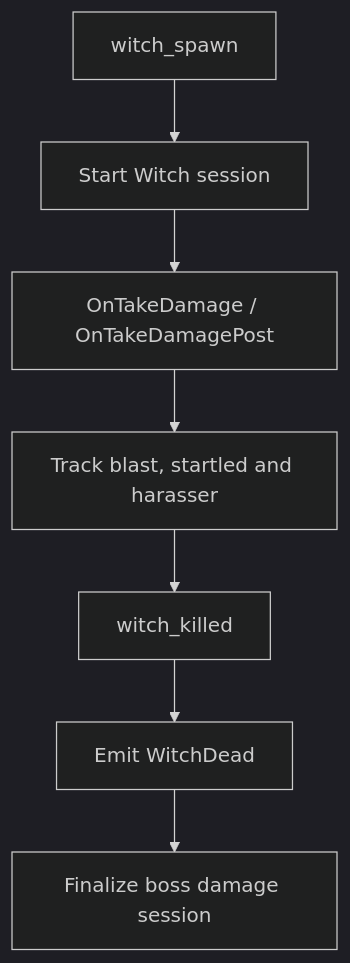
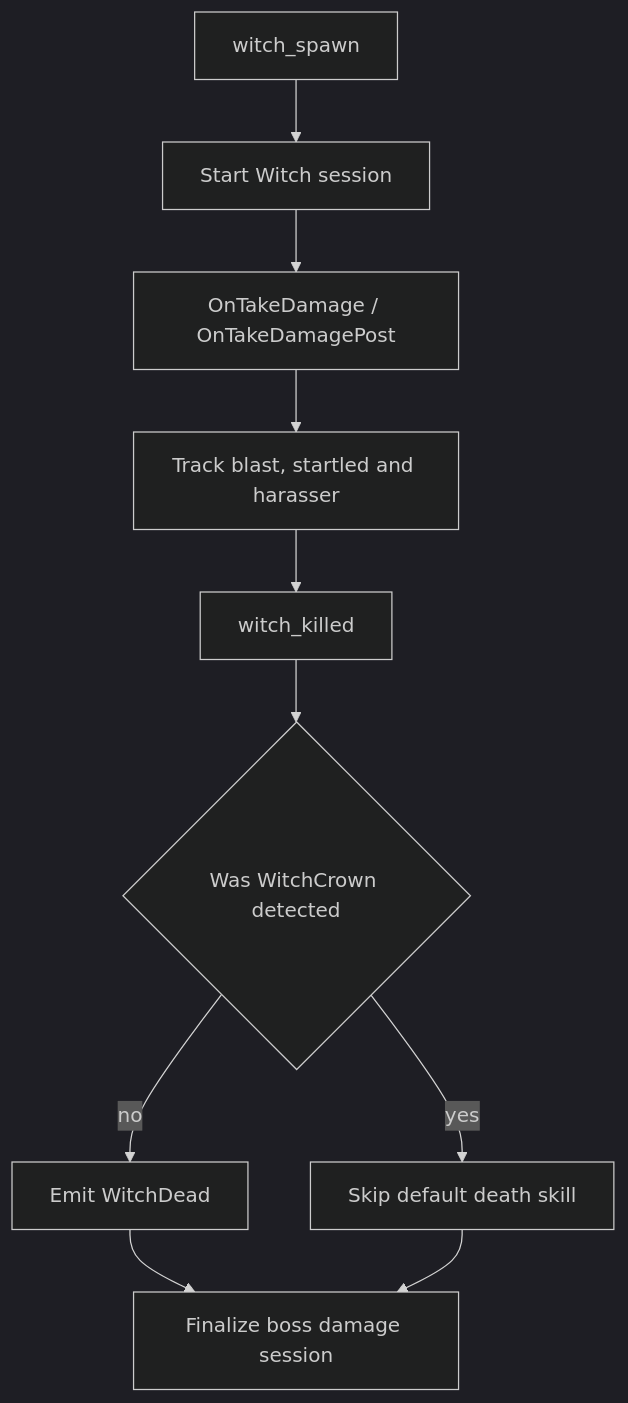
The fourth of 5 diagrams in docs/l4d2-skills-flow-bosses.md (AoC-Gamers/L4D2-Player-Skills), drawn with Mermaid (dark theme) before and after one commit. The commit also changed other lines of this file and 13 other files, not shown here.

First line of the commit message:
Implement WitchCrown skill detection and related mechanics

````diff
--- a/docs/l4d2-skills-flow-bosses.md
+++ b/docs/l4d2-skills-flow-bosses.md
@@ -221,9 +226,12 @@
 ```mermaid
 flowchart TD
     A[witch_spawn] --> B[Start Witch session]
     B --> C[OnTakeDamage / OnTakeDamagePost]
     C --> D[Track blast, startled and harasser]
     D --> E[witch_killed]
-    E --> F[Emit WitchDead]
-    F --> G[Finalize boss damage session]
+    E --> F{Was WitchCrown detected}
+    F -->|no| G[Emit WitchDead]
+    F -->|yes| H[Skip default death skill]
+    G --> I[Finalize boss damage session]
+    H --> I
 ```
````
